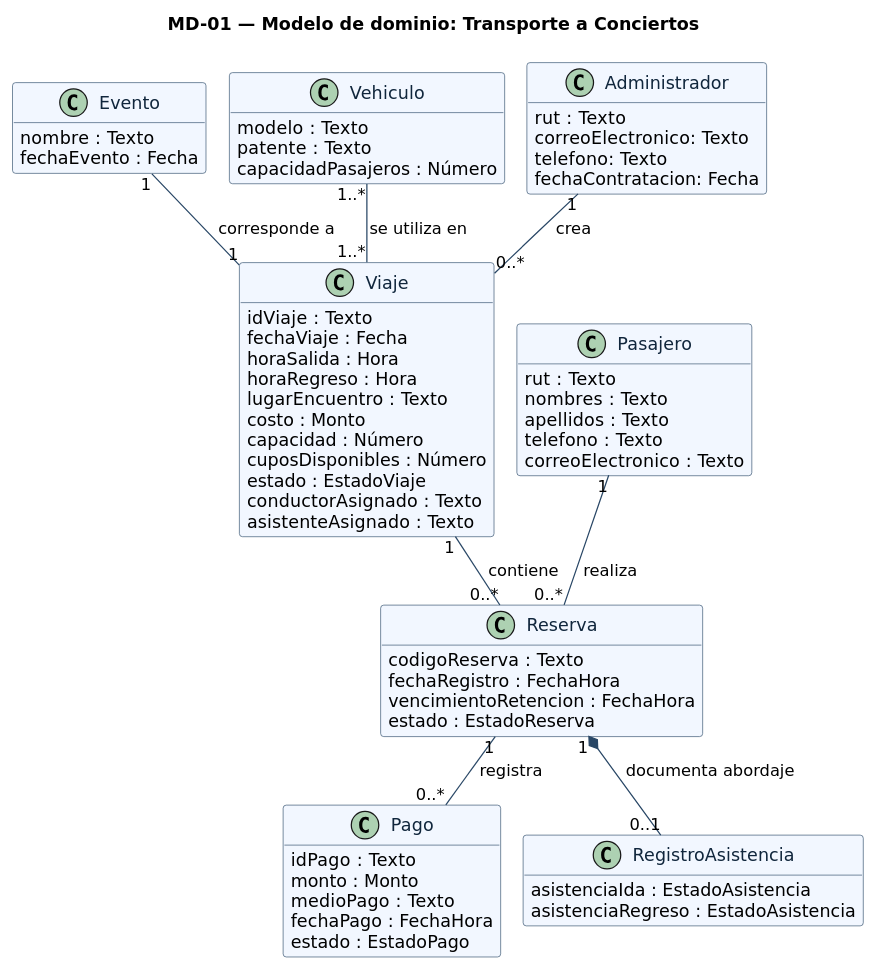
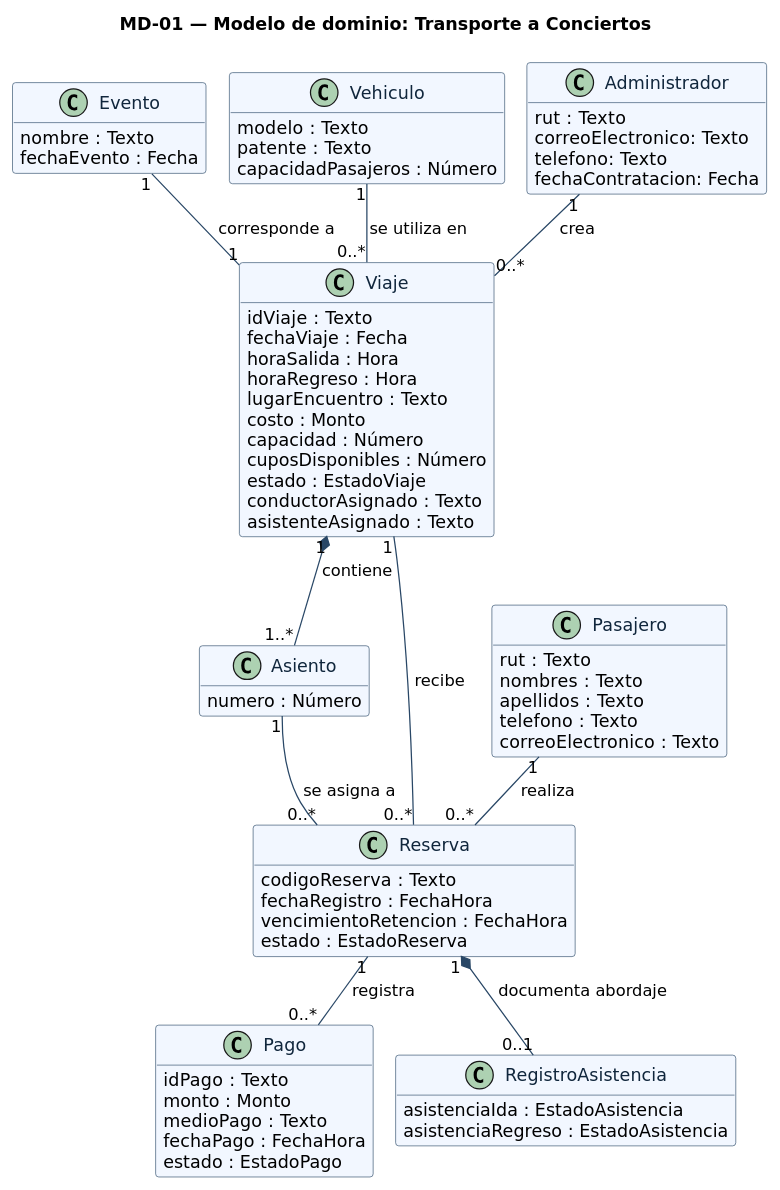
The diagram in diagramas/modelo-dominio.puml (IngReqGrupo2/Proyecto_TransporteHaciaConcierto), drawn with PlantUML before and after one commit. The commit also changed other lines of this file and 30 other files, not shown here.

```diff
--- a/diagramas/modelo-dominio.puml
+++ b/diagramas/modelo-dominio.puml
@@ -1,74 +1,79 @@
 @startuml
 !pragma layout smetana
 title MD-01 — Modelo de dominio: Transporte a Conciertos
 skinparam backgroundColor #FFFFFF
 skinparam classAttributeIconSize 0
 skinparam shadowing false
 skinparam defaultFontName DejaVu Sans
 skinparam class {
   BackgroundColor #F2F7FF
   BorderColor #294766
   ArrowColor #294766
   FontColor #10263C
 }
 hide methods
 class Evento {
   nombre : Texto
   fechaEvento : Fecha
 }
 class Viaje {
   idViaje : Texto
   fechaViaje : Fecha
   horaSalida : Hora
   horaRegreso : Hora
   lugarEncuentro : Texto
   costo : Monto
   capacidad : Número
   cuposDisponibles : Número
   estado : EstadoViaje
   conductorAsignado : Texto
   asistenteAsignado : Texto
+}
+class Asiento {
+  numero : Número
 }
 class Vehiculo {
   modelo : Texto
   patente : Texto
   capacidadPasajeros : Número
 }
 class Administrador{
   rut : Texto
   correoElectronico: Texto
   telefono: Texto
   fechaContratacion: Fecha
 }
 class Pasajero {
   rut : Texto
   nombres : Texto
   apellidos : Texto
   telefono : Texto
   correoElectronico : Texto
 }
 class Reserva {
   codigoReserva : Texto
   fechaRegistro : FechaHora
   vencimientoRetencion : FechaHora
   estado : EstadoReserva
 }
 class Pago {
   idPago : Texto
   monto : Monto
   medioPago : Texto
   fechaPago : FechaHora
   estado : EstadoPago
 }
 class RegistroAsistencia {
   asistenciaIda : EstadoAsistencia
   asistenciaRegreso : EstadoAsistencia
 }
 Evento "1" -- "1" Viaje : corresponde a
-Vehiculo "1..*" -- "1..*" Viaje : se utiliza en
-Viaje "1" -- "0..*" Reserva : contiene
+Vehiculo "1" -- "0..*" Viaje : se utiliza en
+Viaje "1" *-- "1..*" Asiento : contiene
+Viaje "1" -- "0..*" Reserva : recibe
+Asiento "1" -- "0..*" Reserva : se asigna a
 Pasajero "1" -- "0..*" Reserva : realiza
 Reserva "1" -- "0..*" Pago : registra
 Reserva "1" *-- "0..1" RegistroAsistencia : documenta abordaje
 Administrador "1" -- "0..*" Viaje : crea
 @enduml
```
